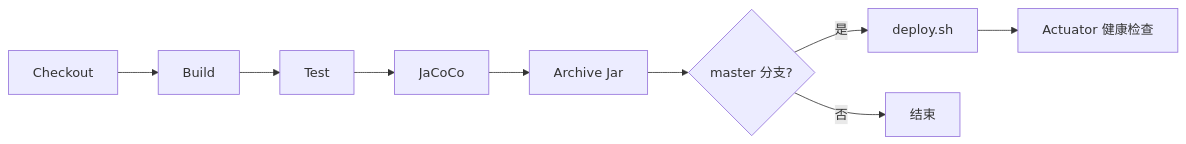
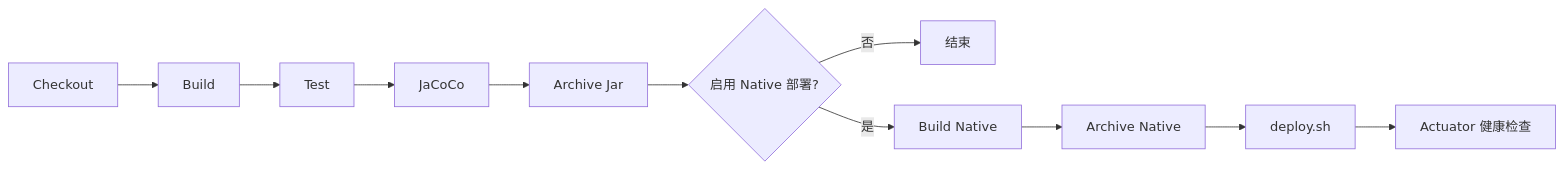
Before and after one commit to unknowIfGuestInDream/EcoVault: the fifth of 5 diagrams in docs/设计文档.md, drawn with Mermaid. The commit also changed other lines of this file and 5 other files, not shown here.

Commit message:
build: add optional graalvm native support

````diff
--- a/docs/设计文档.md
+++ b/docs/设计文档.md
@@ -331,11 +331,13 @@
 ```mermaid
 graph LR
     A[Checkout] --> B[Build]
     B --> C[Test]
     C --> D[JaCoCo]
     D --> E[Archive Jar]
-    E --> F{master 分支?}
-    F -- 是 --> G[deploy.sh]
-    F -- 否 --> H[结束]
-    G --> I[Actuator 健康检查]
+    E --> F{启用 Native 部署?}
+    F -- 否 --> G[结束]
+    F -- 是 --> H[Build Native]
+    H --> I[Archive Native]
+    I --> J[deploy.sh]
+    J --> K[Actuator 健康检查]
 ```
````
